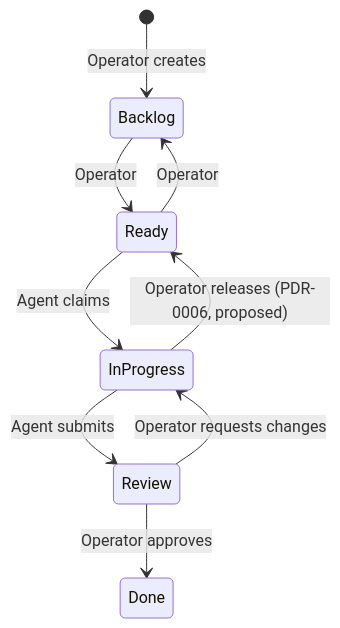
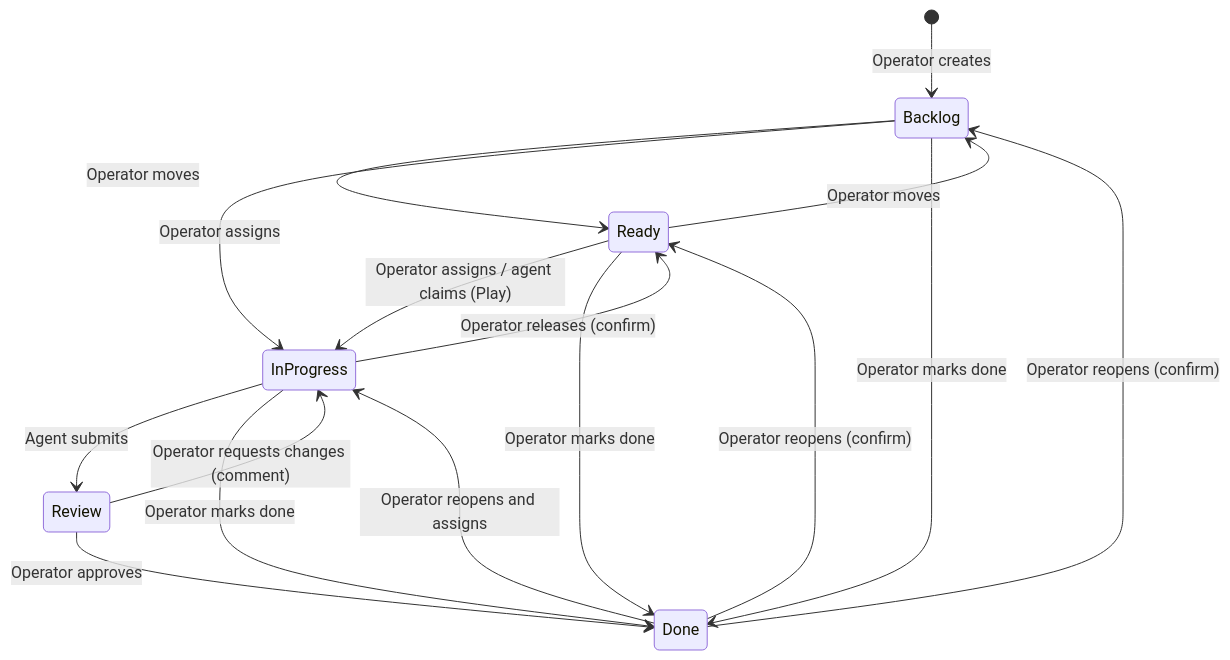
Before and after one commit to burnjohn/agent-ops-center: the first of 2 diagrams in docs/specs/abstract-project-spec.md, drawn with Mermaid. The commit also changed other lines of this file and 33 other files, not shown here.

````diff
--- a/docs/specs/abstract-project-spec.md
+++ b/docs/specs/abstract-project-spec.md
@@ -220,11 +492,18 @@
 ```mermaid
 stateDiagram-v2
   [*] --> Backlog: Operator creates
-  Backlog --> Ready: Operator
-  Ready --> Backlog: Operator
-  Ready --> InProgress: Agent claims
-  InProgress --> Ready: Operator releases (PDR-0006, proposed)
+  Backlog --> Ready: Operator moves
+  Ready --> Backlog: Operator moves
+  Backlog --> InProgress: Operator assigns
+  Ready --> InProgress: Operator assigns / agent claims (Play)
+  InProgress --> Ready: Operator releases (confirm)
   InProgress --> Review: Agent submits
+  Review --> InProgress: Operator requests changes (comment)
   Review --> Done: Operator approves
-  Review --> InProgress: Operator requests changes
+  Backlog --> Done: Operator marks done
+  Ready --> Done: Operator marks done
+  InProgress --> Done: Operator marks done
+  Done --> Backlog: Operator reopens (confirm)
+  Done --> Ready: Operator reopens (confirm)
+  Done --> InProgress: Operator reopens and assigns
 ```
````
